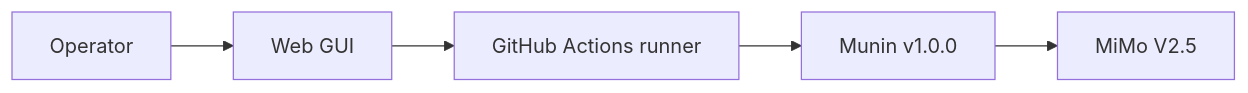
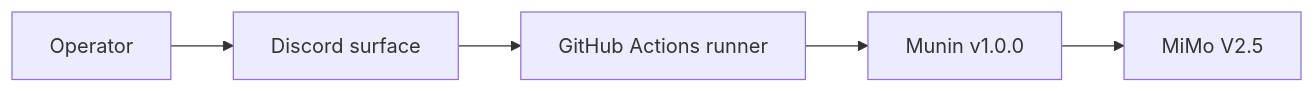
One commit to PrinceOfPwn/Munin changed the second of 2 diagrams in MAP.md. Above: the diagram before and after it, drawn with Mermaid. The commit also changed other lines of this file and 13 other files, not shown here.

Commit message:
docs: Discord is the stable v1.0.0 operator surface while Web GUI is under repair

````diff
--- a/MAP.md
+++ b/MAP.md
@@ -72,7 +72,7 @@
 ```mermaid
 flowchart LR
-  Operator --> GUI[Web GUI]
-  GUI --> Actions[GitHub Actions runner]
+  Operator --> Discord[Discord surface]
+  Discord --> Actions[GitHub Actions runner]
   Actions --> Munin[Munin v1.0.0]
   Munin --> MiMo[MiMo V2.5]
 ```
````
